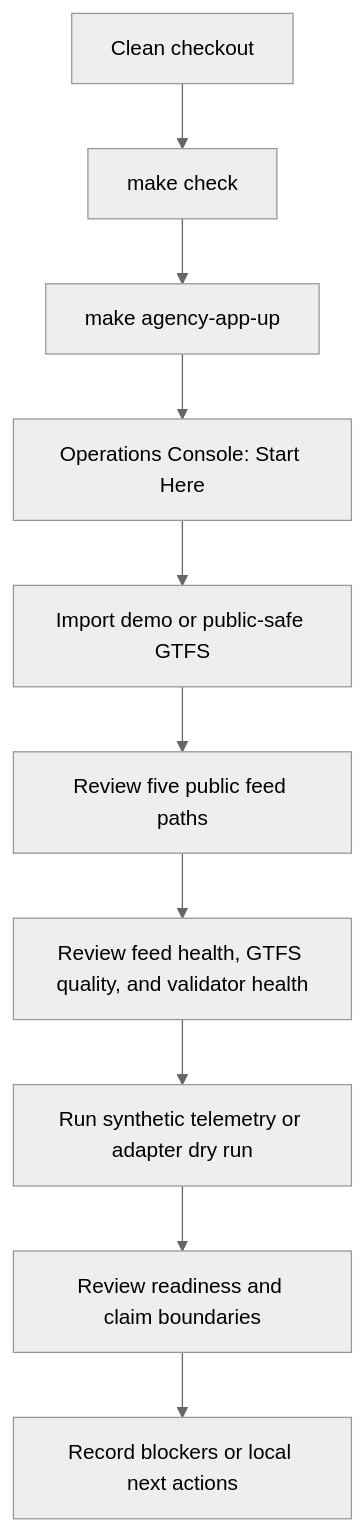
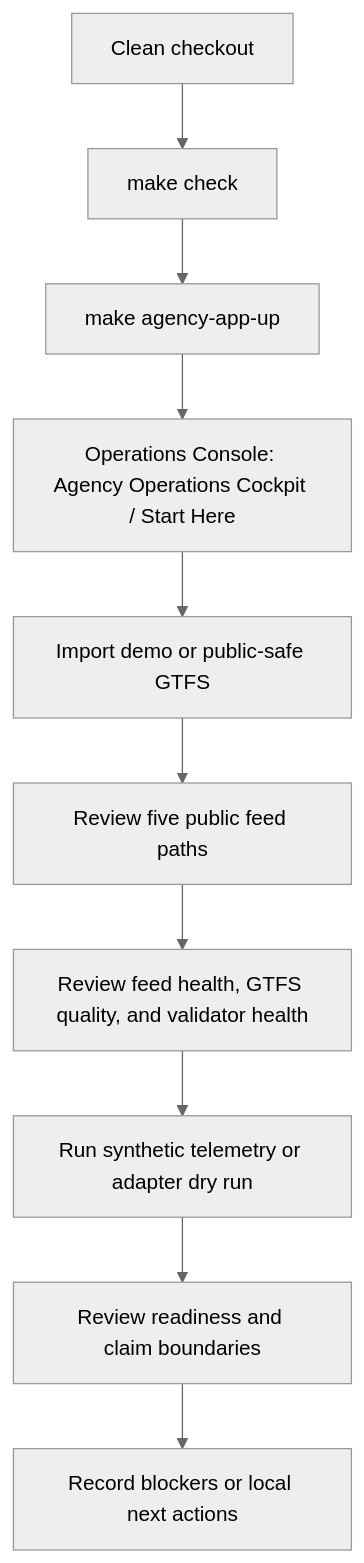
Before and after one commit to ptse8204/open-transit-rt: the first of 4 diagrams in docs/assets/product-diagrams/README.md, drawn with Mermaid (neutral theme). The commit also changed 23 other files, not shown here.

````diff
--- a/docs/assets/product-diagrams/README.md
+++ b/docs/assets/product-diagrams/README.md
@@ -13,12 +13,12 @@
 ```mermaid
 flowchart TD
     A["Clean checkout"] --> B["make check"]
     B --> C["make agency-app-up"]
-    C --> D["Operations Console: Start Here"]
+    C --> D["Operations Console: Agency Operations Cockpit / Start Here"]
     D --> E["Import demo or public-safe GTFS"]
     E --> F["Review five public feed paths"]
     F --> G["Review feed health, GTFS quality, and validator health"]
     G --> H["Run synthetic telemetry or adapter dry run"]
     H --> I["Review readiness and claim boundaries"]
     I --> J["Record blockers or local next actions"]
 ```
````
